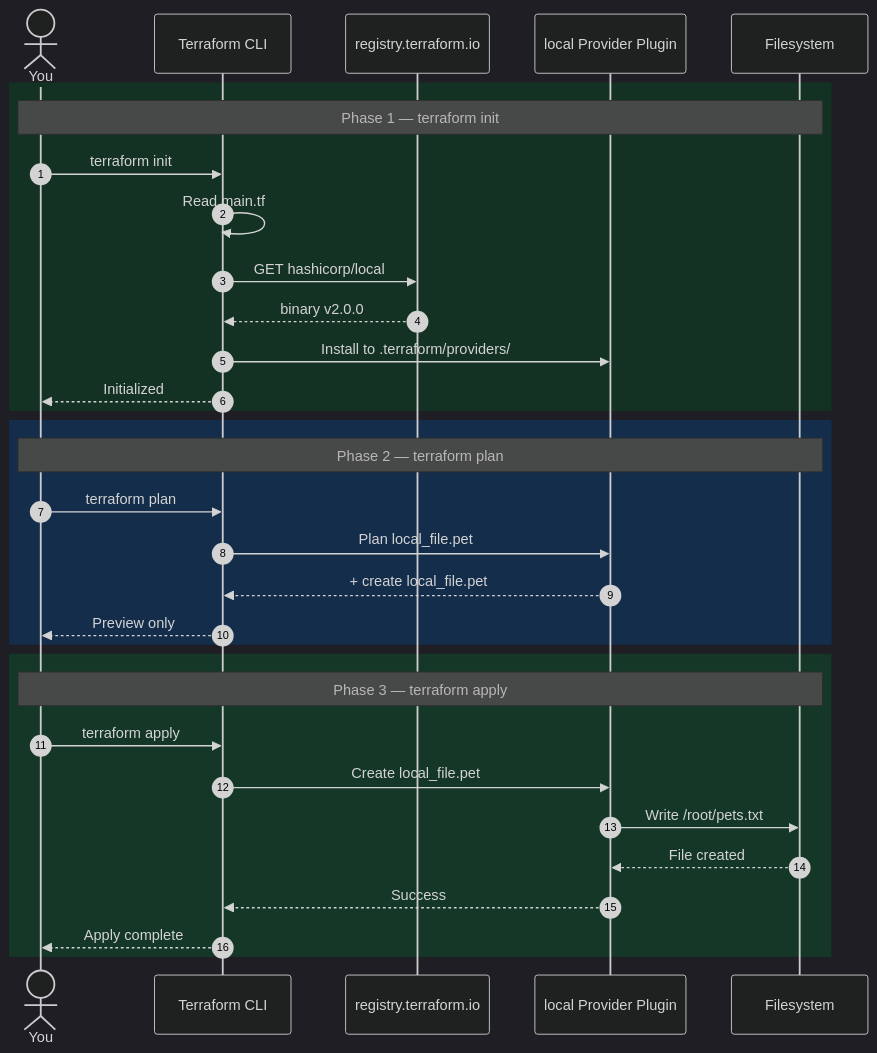
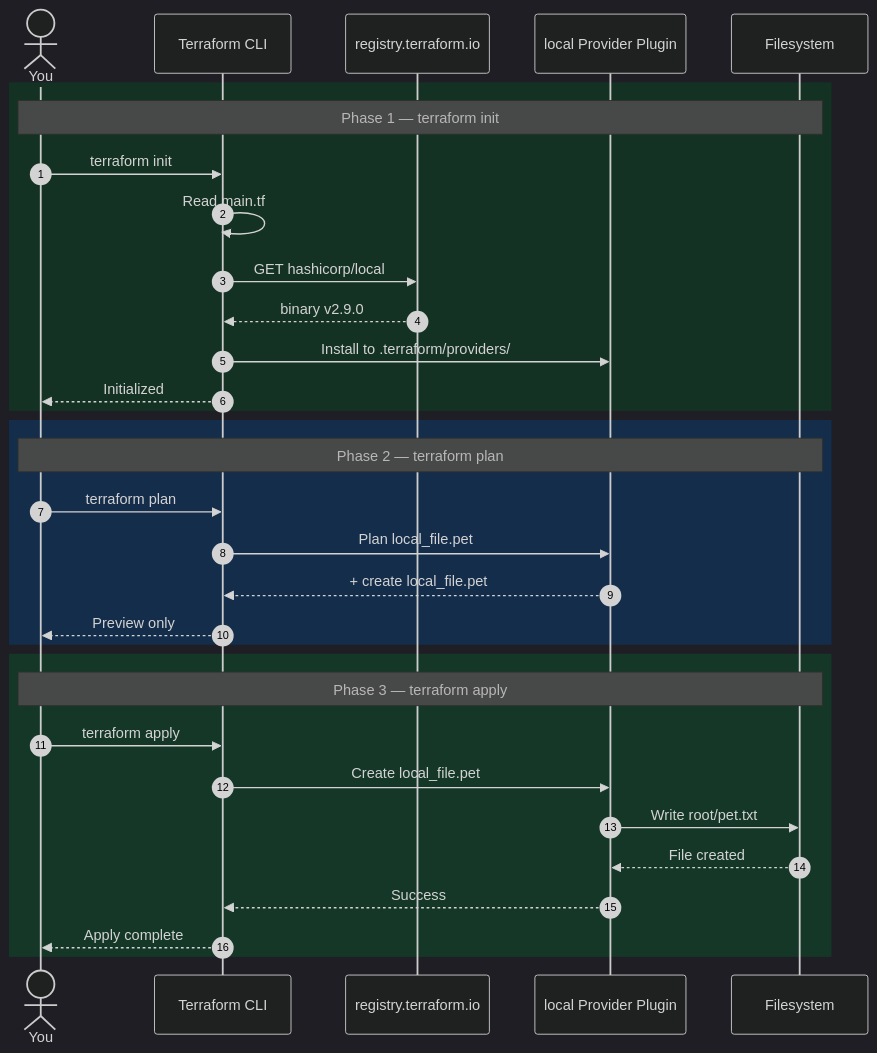
The eighth of 9 diagrams in 04_Core_Terraform_Basics/01_Terraform_Provider.md (nirajp82/Terraform_Basics), drawn with Mermaid before and after one commit. The commit also changed other lines of this file, not shown here.

Commit message:
Update Diagram

````diff
--- a/04_Core_Terraform_Basics/01_Terraform_Provider.md
+++ b/04_Core_Terraform_Basics/01_Terraform_Provider.md
@@ -290,38 +305,38 @@
 ```mermaid
 %%{init: {'theme': 'dark'}}%%
 sequenceDiagram
     autonumber
     actor You
     participant TF as Terraform CLI
     participant Reg as registry.terraform.io
     participant Plg as local Provider Plugin
     participant FS as Filesystem
 
     rect rgb(20, 50, 35)
     Note over You,FS: Phase 1 — terraform init
     You->>TF: terraform init
     TF->>TF: Read main.tf
     TF->>Reg: GET hashicorp/local
-    Reg-->>TF: binary v2.0.0
+    Reg-->>TF: binary v2.9.0
     TF->>Plg: Install to .terraform/providers/
     TF-->>You: Initialized
     end
 
     rect rgb(20, 45, 75)
     Note over You,FS: Phase 2 — terraform plan
     You->>TF: terraform plan
     TF->>Plg: Plan local_file.pet
     Plg-->>TF: + create local_file.pet
     TF-->>You: Preview only
     end
 
     rect rgb(20, 55, 40)
     Note over You,FS: Phase 3 — terraform apply
     You->>TF: terraform apply
     TF->>Plg: Create local_file.pet
-    Plg->>FS: Write /root/pets.txt
+    Plg->>FS: Write root/pet.txt
     FS-->>Plg: File created
     Plg-->>TF: Success
     TF-->>You: Apply complete
     end
 ```
````
